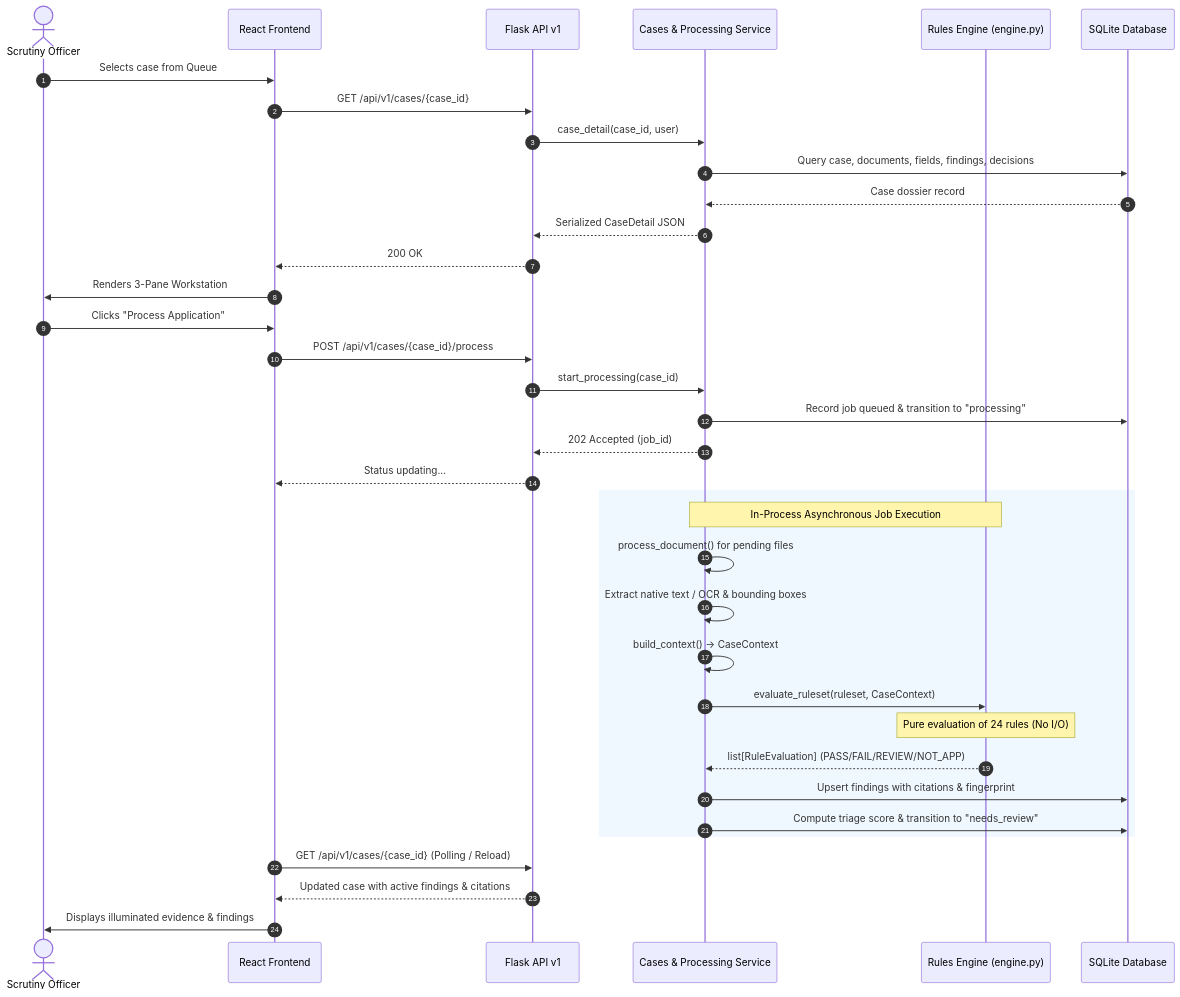
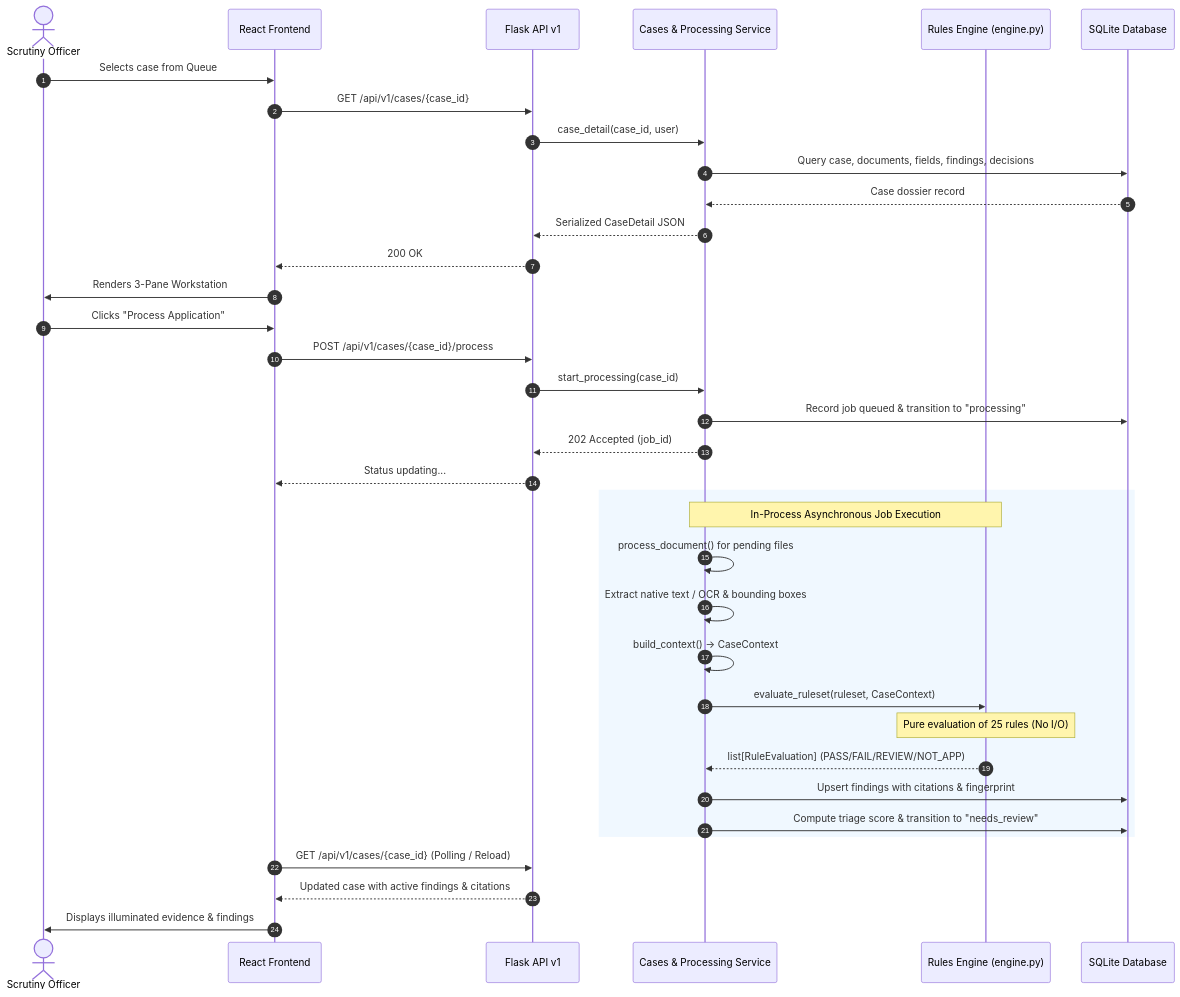
Before and after one commit to suryakrishna17/Veriscope: the third of 5 diagrams in context.md, drawn with Mermaid. The commit also changed other lines of this file and 19 other files, not shown here.

````diff
--- a/context.md
+++ b/context.md
@@ -457,42 +457,42 @@
 ```mermaid
 sequenceDiagram
     autonumber
     actor Officer as Scrutiny Officer
     participant UI as React Frontend
     participant API as Flask API v1
     participant Svc as Cases & Processing Service
     participant Engine as Rules Engine (engine.py)
     participant DB as SQLite Database
 
     Officer->>UI: Selects case from Queue
     UI->>API: GET /api/v1/cases/{case_id}
     API->>Svc: case_detail(case_id, user)
     Svc->>DB: Query case, documents, fields, findings, decisions
     DB-->>Svc: Case dossier record
     Svc-->>API: Serialized CaseDetail JSON
     API-->>UI: 200 OK
     UI->>Officer: Renders 3-Pane Workstation
 
     Officer->>UI: Clicks "Process Application"
     UI->>API: POST /api/v1/cases/{case_id}/process
     API->>Svc: start_processing(case_id)
     Svc->>DB: Record job queued & transition to "processing"
     Svc-->>API: 202 Accepted (job_id)
     API-->>UI: Status updating...
 
     rect rgb(240, 248, 255)
         Note over Svc,Engine: In-Process Asynchronous Job Execution
         Svc->>Svc: process_document() for pending files
         Svc->>Svc: Extract native text / OCR & bounding boxes
         Svc->>Svc: build_context() -> CaseContext
         Svc->>Engine: evaluate_ruleset(ruleset, CaseContext)
-        Note over Engine: Pure evaluation of 24 rules (No I/O)
+        Note over Engine: Pure evaluation of 25 rules (No I/O)
         Engine-->>Svc: list[RuleEvaluation] (PASS/FAIL/REVIEW/NOT_APP)
         Svc->>DB: Upsert findings with citations & fingerprint
         Svc->>DB: Compute triage score & transition to "needs_review"
     end
 
     UI->>API: GET /api/v1/cases/{case_id} (Polling / Reload)
     API-->>UI: Updated case with active findings & citations
     UI->>Officer: Displays illuminated evidence & findings
 ```
````
